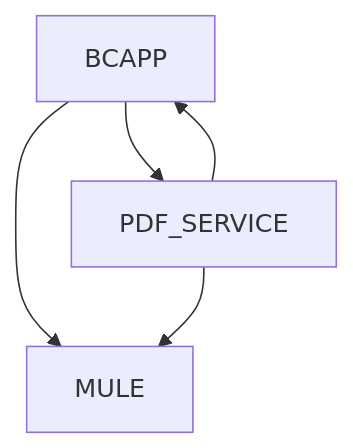
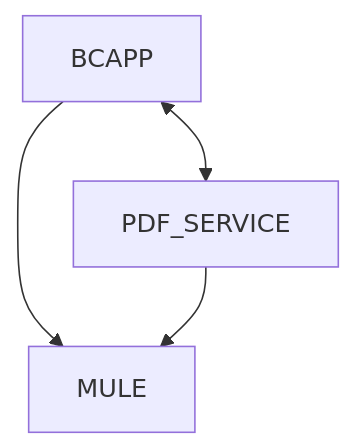
The diagram in README.md (Kravatka/brain-training), drawn with Mermaid before and after one commit.

````diff
--- a/README.md
+++ b/README.md
@@ -3,7 +3,6 @@
 ```mermaid
   graph TD;
-      BCAPP-->PDF_SERVICE;
-      PDF_SERVICE-->BCAPP;
+      BCAPP<-->PDF_SERVICE;
       BCAPP-->MULE;
       PDF_SERVICE-->MULE;
 ```
````
